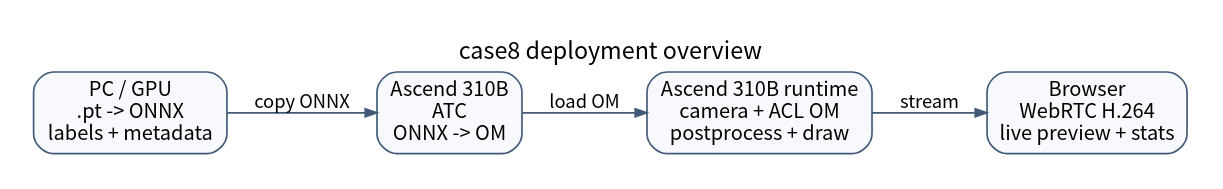
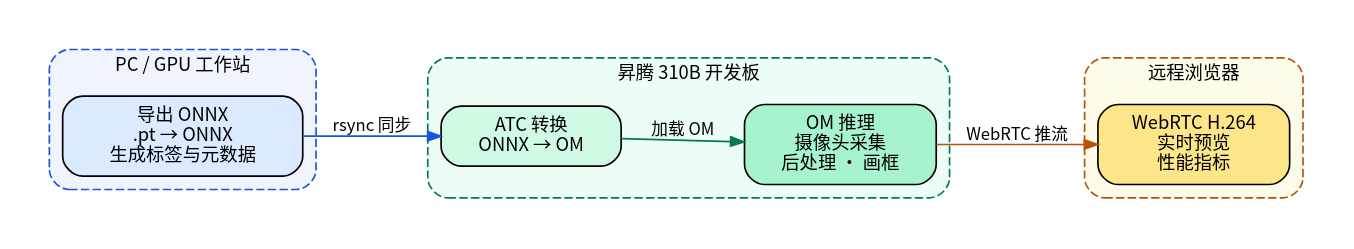
One commit to zhouxzh/Ascend310 changed the diagram in src/experiment/img8/case8_system_arch.dot. Above: the diagram before and after it, drawn with Graphviz. The commit also changed 52 other files, not shown here.

```diff
--- a/src/experiment/img8/case8_system_arch.dot
+++ b/src/experiment/img8/case8_system_arch.dot
@@ -1,36 +1,46 @@
 digraph Case8SystemArch {
   graph [
     rankdir=LR,
     bgcolor="white",
-    pad="0.18",
-    nodesep="0.35",
-    ranksep="0.45",
-    fontname="Noto Sans CJK SC",
-    labelloc="t",
-    label="case8 deployment overview"
+    pad="0.2",
+    nodesep="0.4",
+    ranksep="0.5",
+    fontname="Noto Sans CJK SC"
   ];
   node [
     shape=box,
     style="rounded,filled",
-    color="#415a77",
-    fillcolor="#f7f9fc",
     fontname="Noto Sans CJK SC",
-    fontsize=12,
-    margin="0.10,0.07"
+    fontsize=11,
+    margin="0.12,0.08"
   ];
   edge [
-    color="#415a77",
     fontname="Noto Sans CJK SC",
-    fontsize=11,
-    arrowsize=0.7
+    fontsize=10,
+    arrowsize=0.8
   ];
 
-  prepare [label="PC / GPU\n.pt -> ONNX\nlabels + metadata"];
-  convert [label="Ascend 310B\nATC\nONNX -> OM"];
-  runtime [label="Ascend 310B runtime\ncamera + ACL OM\npostprocess + draw"];
-  browser [label="Browser\nWebRTC H.264\nlive preview + stats"];
+  subgraph cluster_pc {
+    label="PC / GPU 工作站";
+    fontsize=11; style="rounded,dashed"; color="#1a56db"; bgcolor="#f0f4ff";
+    prepare [label="导出 ONNX\n.pt → ONNX\n生成标签与元数据", fillcolor="#dbeafe", width=2.0];
+  }
 
-  prepare -> convert [label="copy ONNX"];
-  convert -> runtime [label="load OM"];
-  runtime -> browser [label="stream"];
+  subgraph cluster_310b {
+    label="昇腾 310B 开发板";
+    fontsize=11; style="rounded,dashed"; color="#047857"; bgcolor="#ecfdf5";
+
+    convert [label="ATC 转换\nONNX → OM", fillcolor="#d1fae5", width=1.5];
+    runtime [label="OM 推理\n摄像头采集\n后处理 · 画框", fillcolor="#a7f3d0", width=1.6];
+  }
+
+  subgraph cluster_browser {
+    label="远程浏览器";
+    fontsize=11; style="rounded,dashed"; color="#b45309"; bgcolor="#fffbeb";
+    browser [label="WebRTC H.264\n实时预览\n性能指标", fillcolor="#fde68a", width=1.6];
+  }
+
+  prepare -> convert [label="rsync 同步", color="#1a56db"];
+  convert -> runtime [label="加载 OM", color="#047857"];
+  runtime -> browser [label="WebRTC 推流", color="#b45309"];
 }
```
